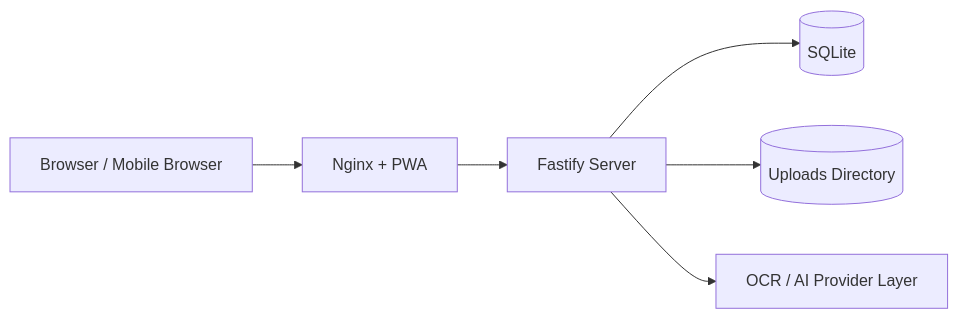
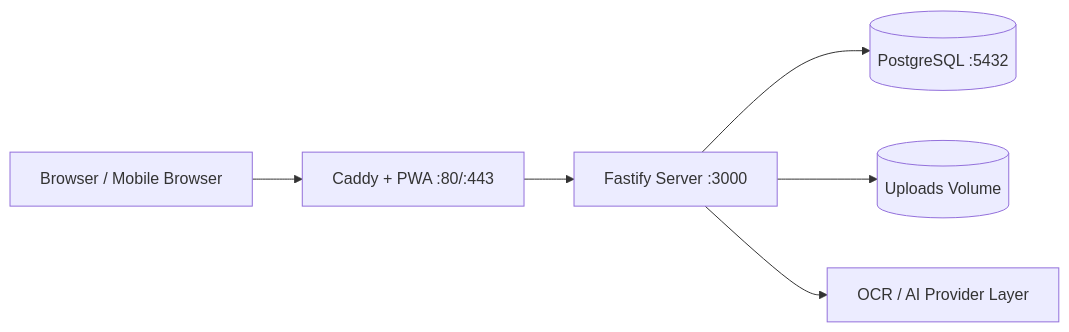
Before and after one commit to mpetutschnig/pawvax: the first of 4 diagrams in documentation/ARCHITECTURE.md, drawn with Mermaid. The commit also changed other lines of this file and 10 other files, not shown here.

````diff
--- a/documentation/ARCHITECTURE.md
+++ b/documentation/ARCHITECTURE.md
@@ -36,8 +37,8 @@
 ```mermaid
 flowchart LR
-  User[Browser / Mobile Browser] --> Web[Nginx + PWA]
-  Web --> API[Fastify Server]
-  API --> DB[(SQLite)]
-  API --> Uploads[(Uploads Directory)]
+  User[Browser / Mobile Browser] --> PWA[Caddy + PWA :80/:443]
+  PWA --> API[Fastify Server :3000]
+  API --> DB[(PostgreSQL :5432)]
+  API --> Uploads[(Uploads Volume)]
   API --> OCR[OCR / AI Provider Layer]
 ```
````
